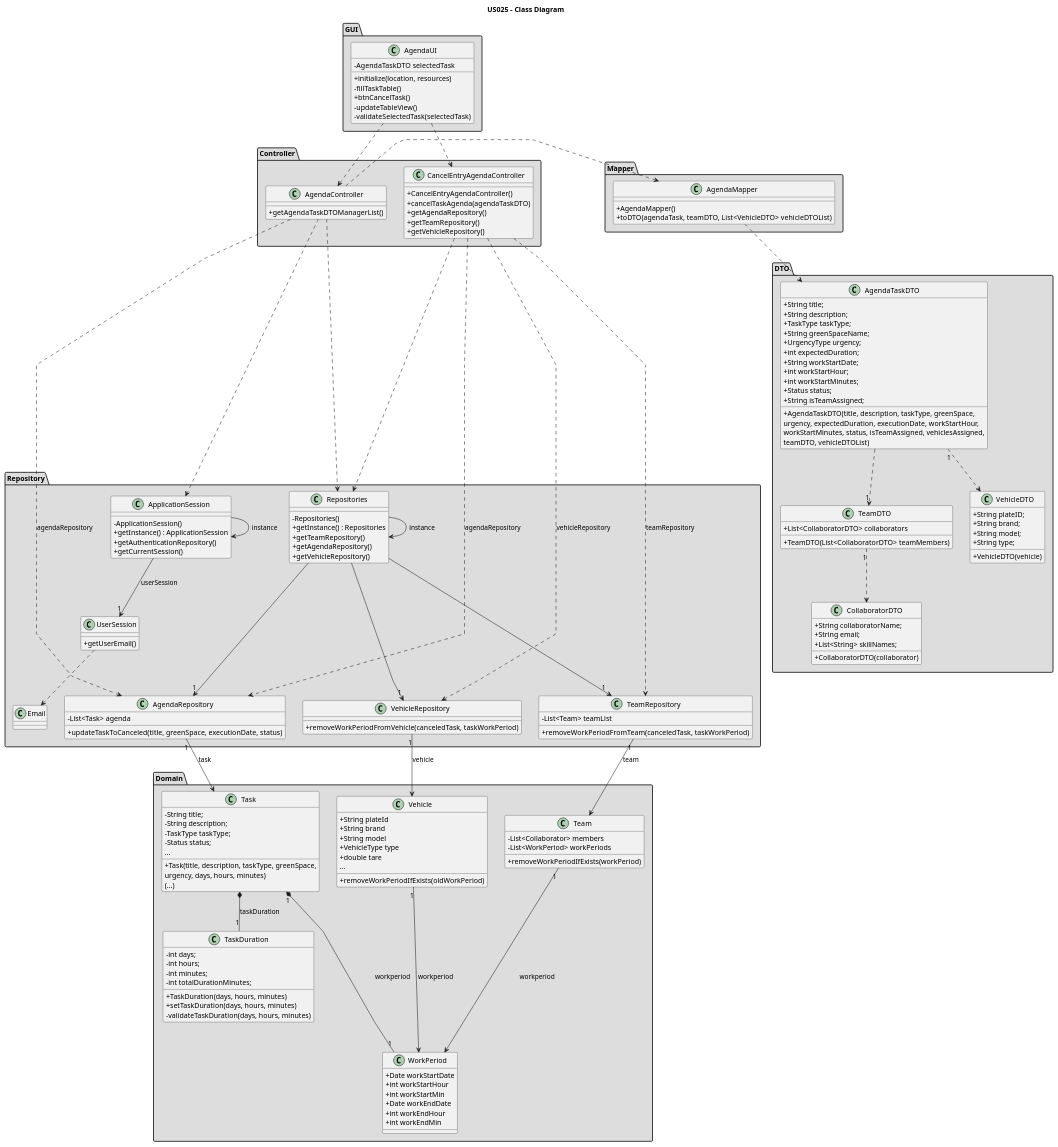
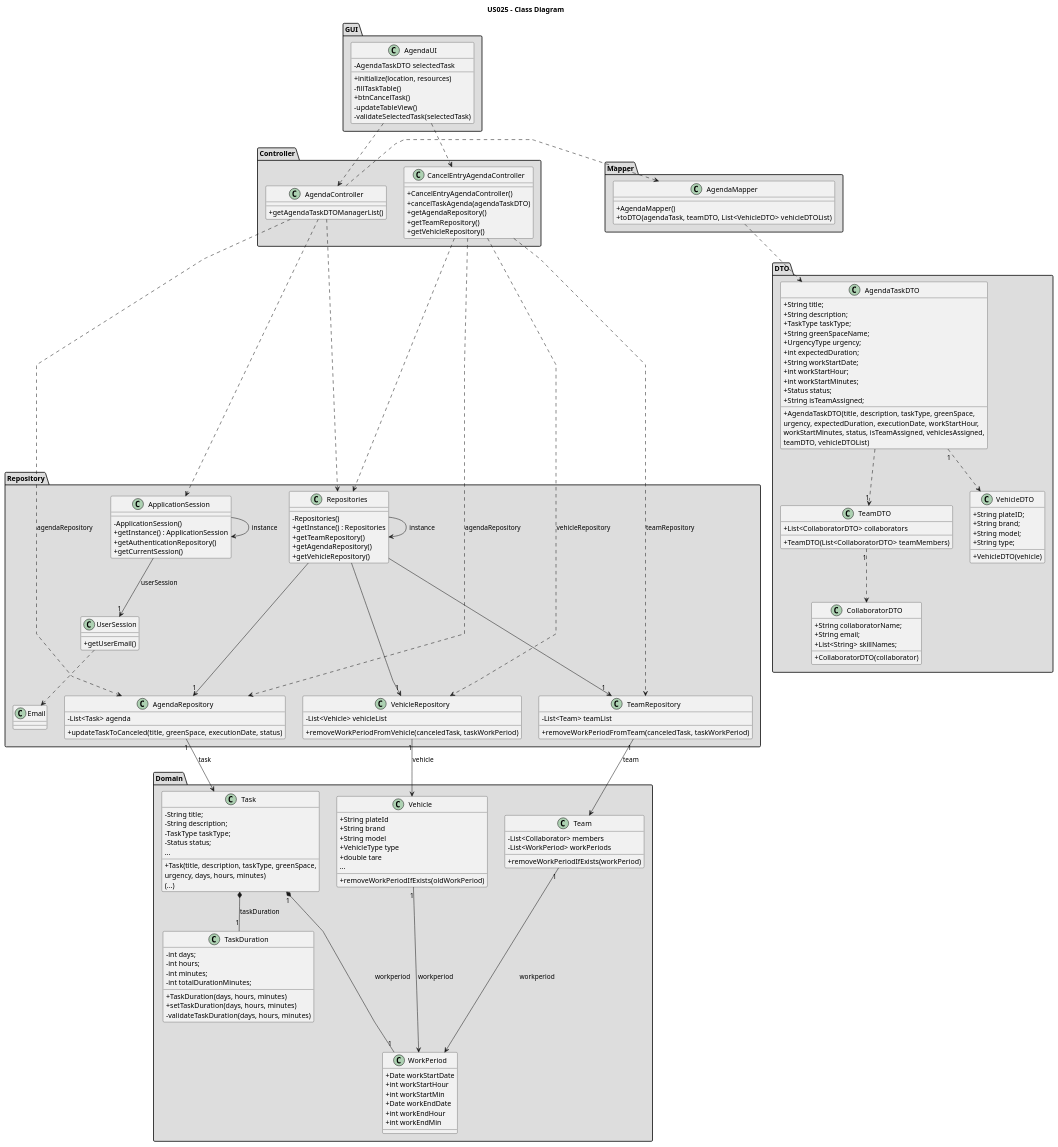
Before and after one commit to Rui-San/LAPR2_2023_2024: the diagram in docs/sprintC/us025/03.design/puml/us025-class-diagram.puml, drawn with PlantUML. The commit also changed 22 other files, not shown here.

```diff
--- a/docs/sprintC/us025/03.design/puml/us025-class-diagram.puml
+++ b/docs/sprintC/us025/03.design/puml/us025-class-diagram.puml
@@ -43,6 +43,8 @@
 }
 
 class VehicleRepository{
+    - List<Vehicle> vehicleList
+
     + removeWorkPeriodFromVehicle(canceledTask, taskWorkPeriod)
 }
 
```
